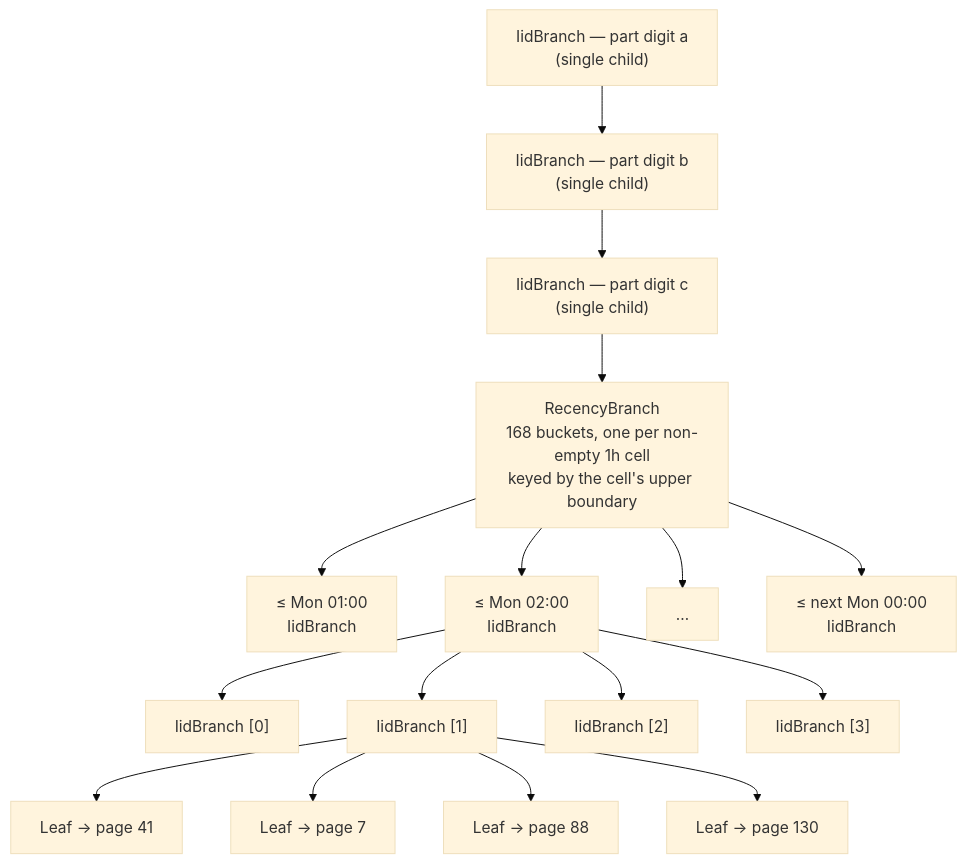
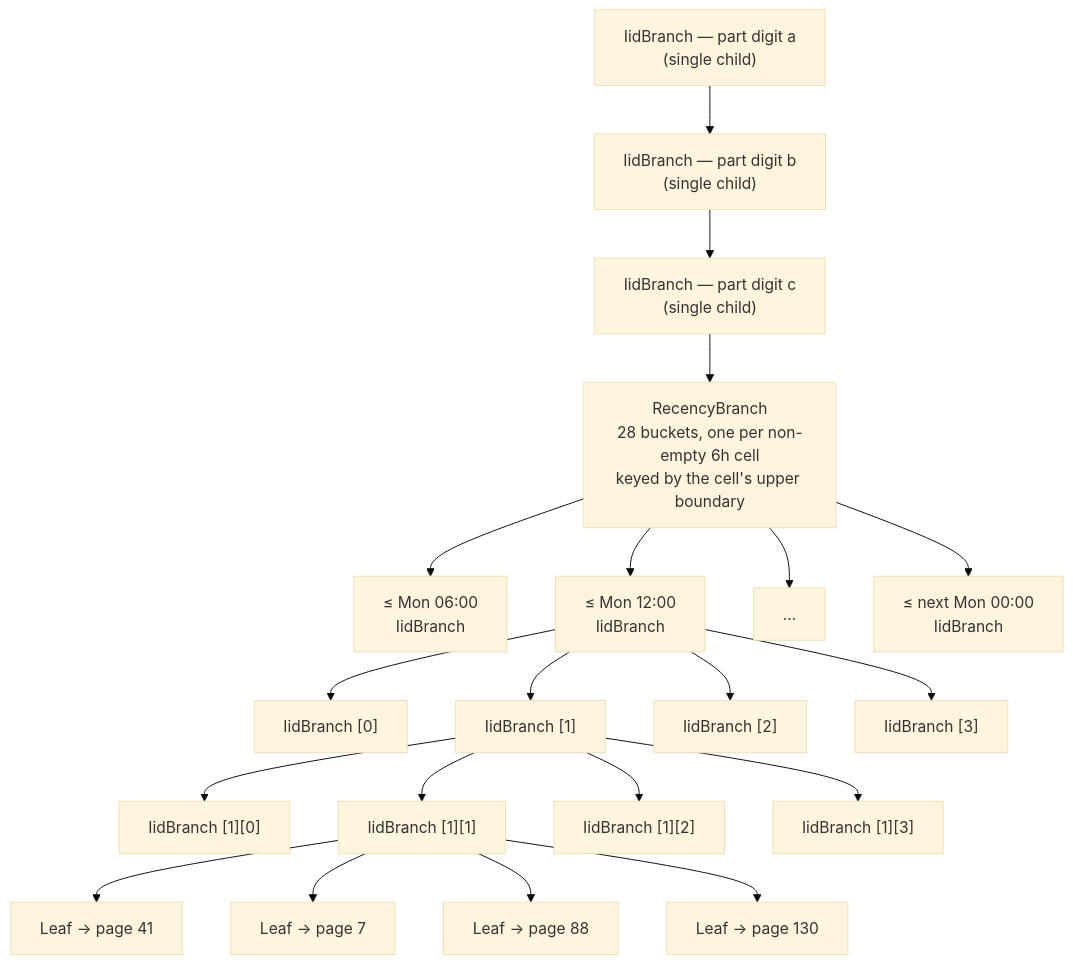
Before and after one commit to xtdb/xtdb: the diagram in dev/doc/recency-cells.md, drawn with Mermaid (base theme). The commit also changed other lines of this file and 3 other files, not shown here.

````diff
--- a/dev/doc/recency-cells.md
+++ b/dev/doc/recency-cells.md
@@ -46,34 +46,42 @@
 ```mermaid
 flowchart TD
     root["IidBranch — part digit a<br/>(single child)"]
     b["IidBranch — part digit b<br/>(single child)"]
     c["IidBranch — part digit c<br/>(single child)"]
-    rb["RecencyBranch<br/>168 buckets, one per non-empty 1h cell<br/>keyed by the cell's upper boundary"]
-    c1["≤ Mon 01:00<br/>IidBranch"]
-    c2["≤ Mon 02:00<br/>IidBranch"]
+    rb["RecencyBranch<br/>28 buckets, one per non-empty 6h cell<br/>keyed by the cell's upper boundary"]
+    c1["≤ Mon 06:00<br/>IidBranch"]
+    c2["≤ Mon 12:00<br/>IidBranch"]
     cdots["…"]
-    c168["≤ next Mon 00:00<br/>IidBranch"]
-    %% only cell Mon 02:00, and only its prefix [1], are drawn out; every cell and prefix has the same shape
+    c28["≤ next Mon 00:00<br/>IidBranch"]
+    %% only cell Mon 12:00, and only its prefix [1][1], are drawn out; every cell and prefix has the same shape
     i0["IidBranch [0]"]
     i1["IidBranch [1]"]
     i2["IidBranch [2]"]
     i3["IidBranch [3]"]
+    i10["IidBranch [1][0]"]
+    i11["IidBranch [1][1]"]
+    i12["IidBranch [1][2]"]
+    i13["IidBranch [1][3]"]
     l0["Leaf → page 41"]
     l1["Leaf → page 7"]
     l2["Leaf → page 88"]
     l3["Leaf → page 130"]
 
     root --> b --> c --> rb
     rb --> c1
     rb --> c2
     rb --> cdots
-    rb --> c168
+    rb --> c28
     c2 --> i0
     c2 --> i1
     c2 --> i2
     c2 --> i3
-    i1 --> l0
-    i1 --> l1
-    i1 --> l2
-    i1 --> l3
+    i1 --> i10
+    i1 --> i11
+    i1 --> i12
+    i1 --> i13
+    i11 --> l0
+    i11 --> l1
+    i11 --> l2
+    i11 --> l3
 ```
````
